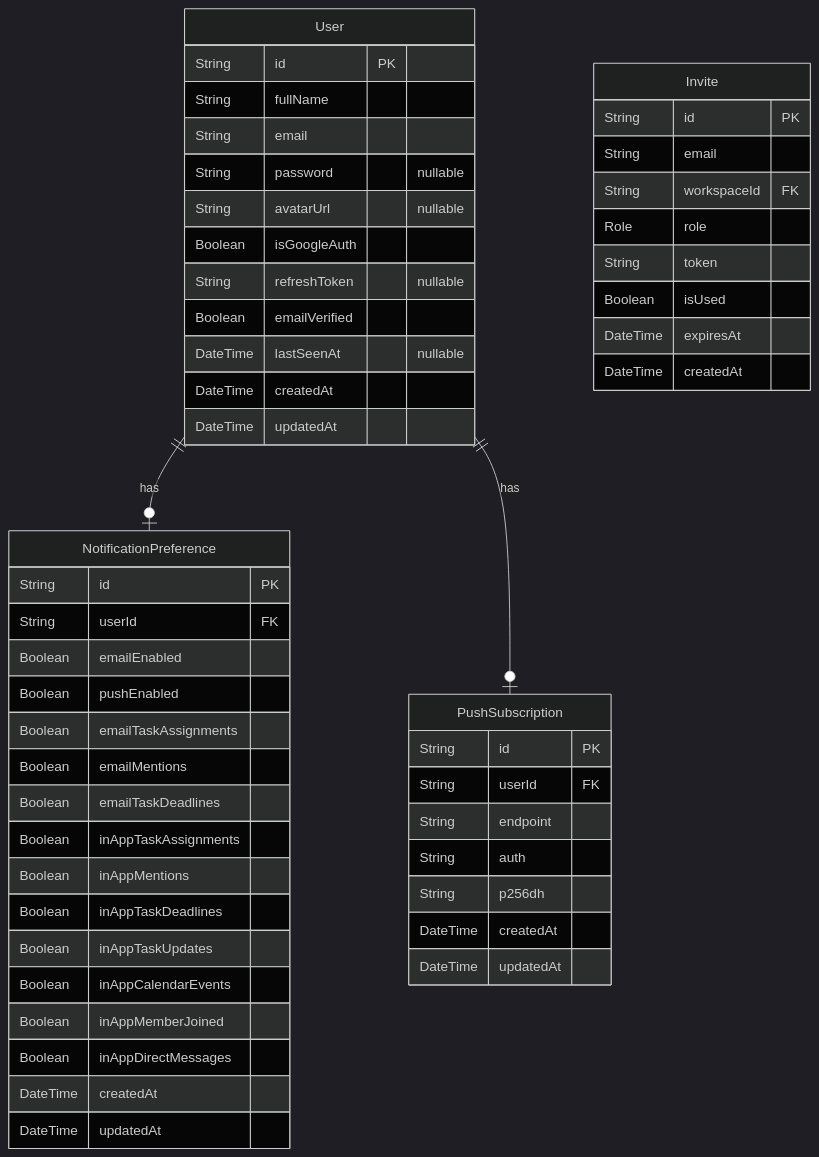
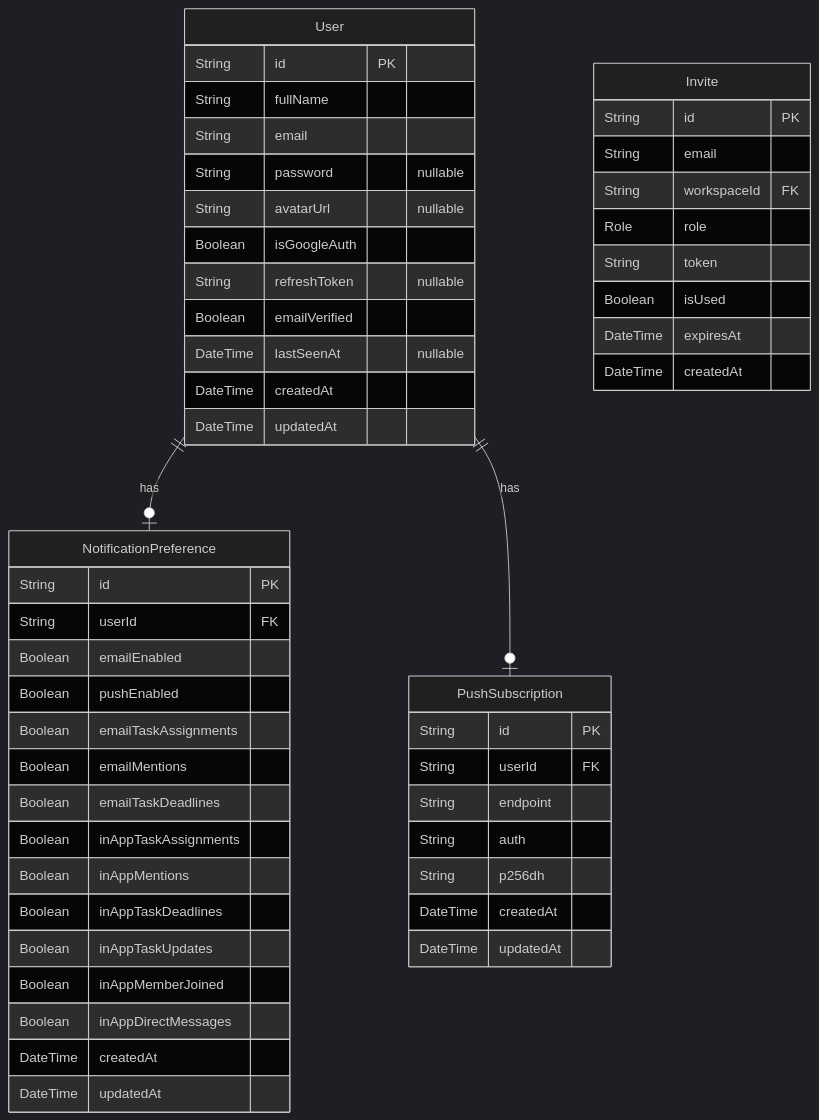
The first of 6 diagrams in docs/architecture/er-diagram.md (Nits0303/TaskTracker), drawn with Mermaid before and after one commit. The commit also changed other lines of this file and 19 other files, not shown here.

Commit message:
feat: implement core task tracking features including notification DTOs, workload services, and database schema updates

````diff
--- a/docs/architecture/er-diagram.md
+++ b/docs/architecture/er-diagram.md
@@ -10,56 +10,55 @@
 ```mermaid
 %%{init: {'theme': 'dark'}}%%
 erDiagram
     User ||--o| NotificationPreference : has
     User ||--o| PushSubscription : has
     Invite {
         String id PK
         String email
         String workspaceId FK
         Role role
         String token
         Boolean isUsed
         DateTime expiresAt
         DateTime createdAt
     }
     User {
         String id PK
         String fullName
         String email
         String password "nullable"
         String avatarUrl "nullable"
         Boolean isGoogleAuth
         String refreshToken "nullable"
         Boolean emailVerified
         DateTime lastSeenAt "nullable"
         DateTime createdAt
         DateTime updatedAt
     }
     NotificationPreference {
         String id PK
         String userId FK
         Boolean emailEnabled
         Boolean pushEnabled
         Boolean emailTaskAssignments
         Boolean emailMentions
         Boolean emailTaskDeadlines
         Boolean inAppTaskAssignments
         Boolean inAppMentions
         Boolean inAppTaskDeadlines
         Boolean inAppTaskUpdates
-        Boolean inAppCalendarEvents
         Boolean inAppMemberJoined
         Boolean inAppDirectMessages
         DateTime createdAt
         DateTime updatedAt
     }
     PushSubscription {
         String id PK
         String userId FK
         String endpoint
         String auth
         String p256dh
         DateTime createdAt
         DateTime updatedAt
     }
 ```
````
